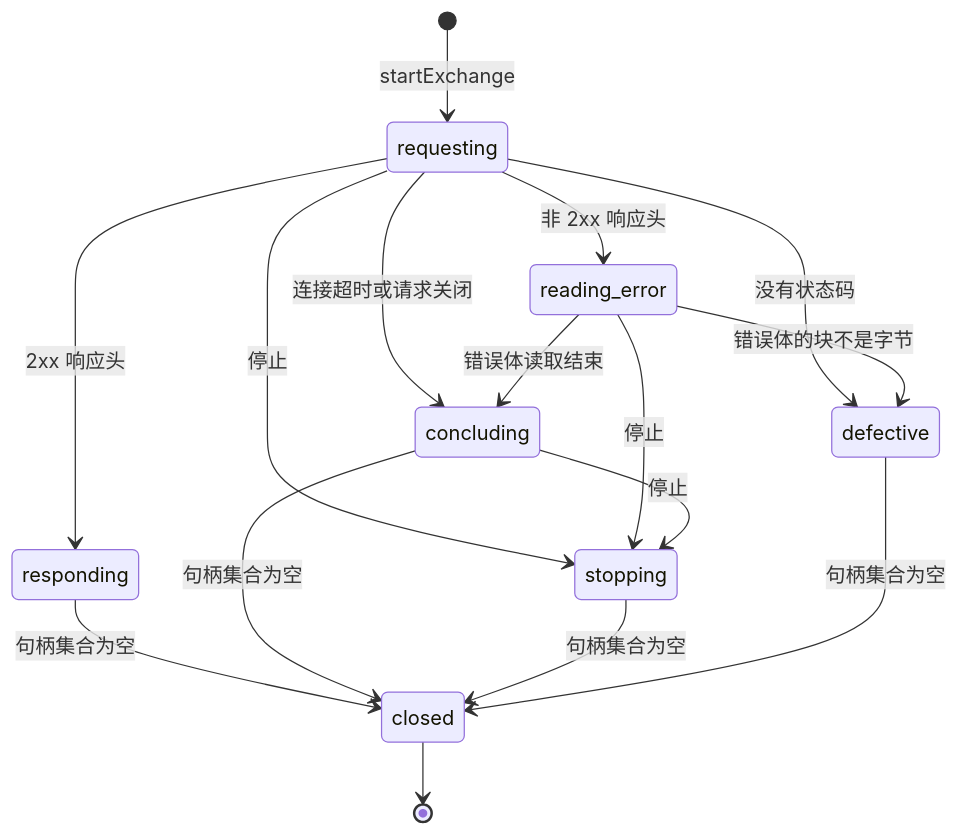
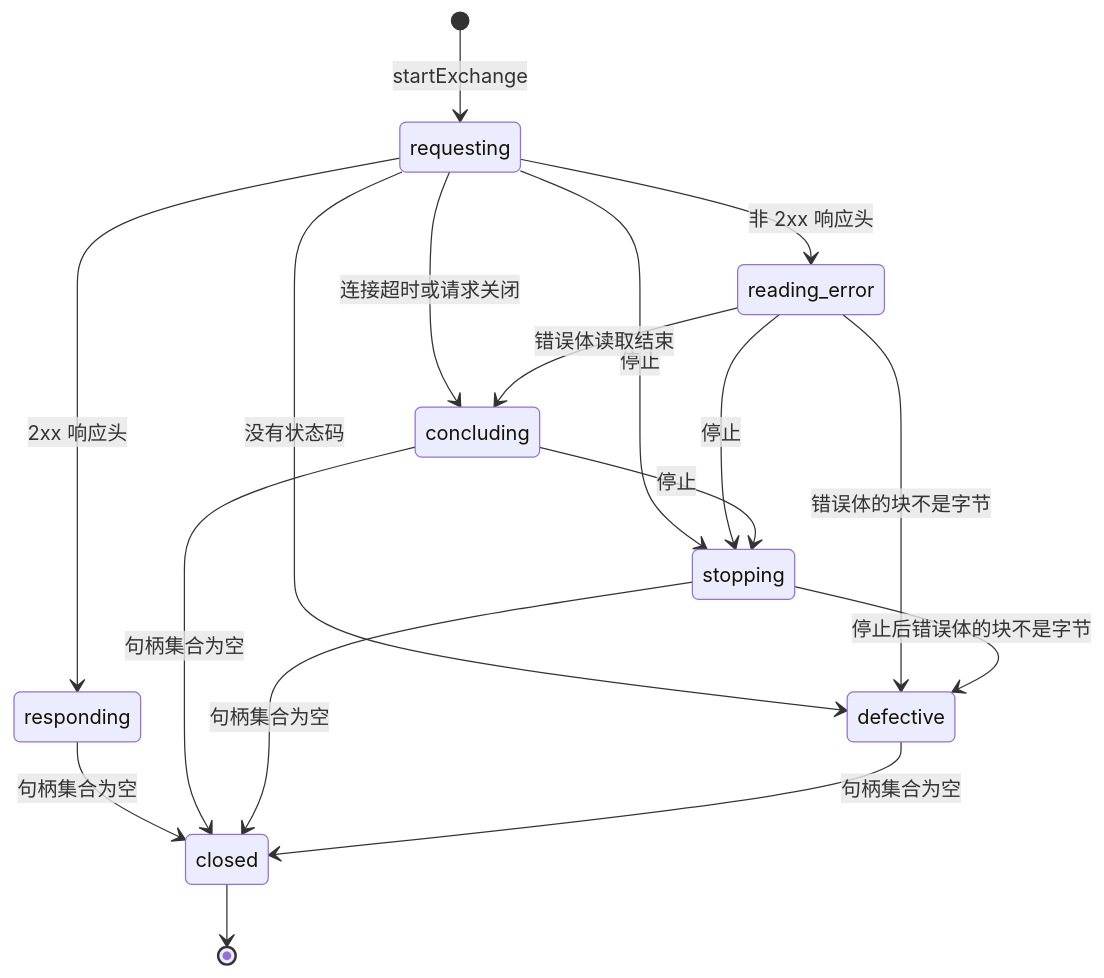
Before and after one commit to nemori-ai/omne-harness-lite: the second of 2 diagrams in packages/model/pi-ai-transport/docs/architecture.md, drawn with Mermaid. The commit also changed other lines of this file and 15 other files, not shown here.

````diff
--- a/packages/model/pi-ai-transport/docs/architecture.md
+++ b/packages/model/pi-ai-transport/docs/architecture.md
@@ -53,18 +66,19 @@
 ```mermaid
 stateDiagram-v2
   [*] --> requesting: startExchange
   requesting --> responding: 2xx 响应头
   requesting --> reading_error: 非 2xx 响应头
   requesting --> concluding: 连接超时或请求关闭
   requesting --> stopping: 停止
   reading_error --> concluding: 错误体读取结束
   reading_error --> stopping: 停止
   concluding --> stopping: 停止
   requesting --> defective: 没有状态码
   reading_error --> defective: 错误体的块不是字节
+  stopping --> defective: 停止后错误体的块不是字节
   responding --> closed: 句柄集合为空
   concluding --> closed: 句柄集合为空
   stopping --> closed: 句柄集合为空
   defective --> closed: 句柄集合为空
   closed --> [*]
 ```
````
